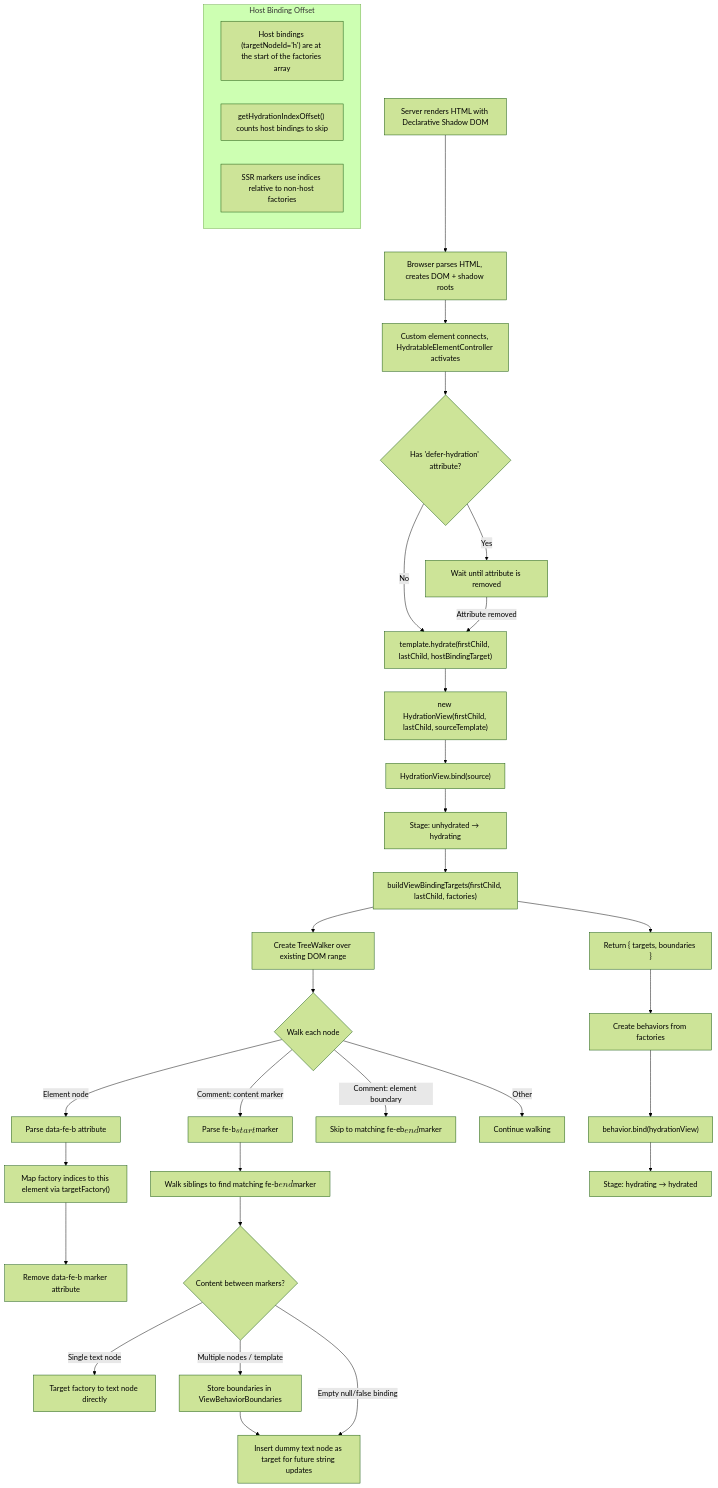
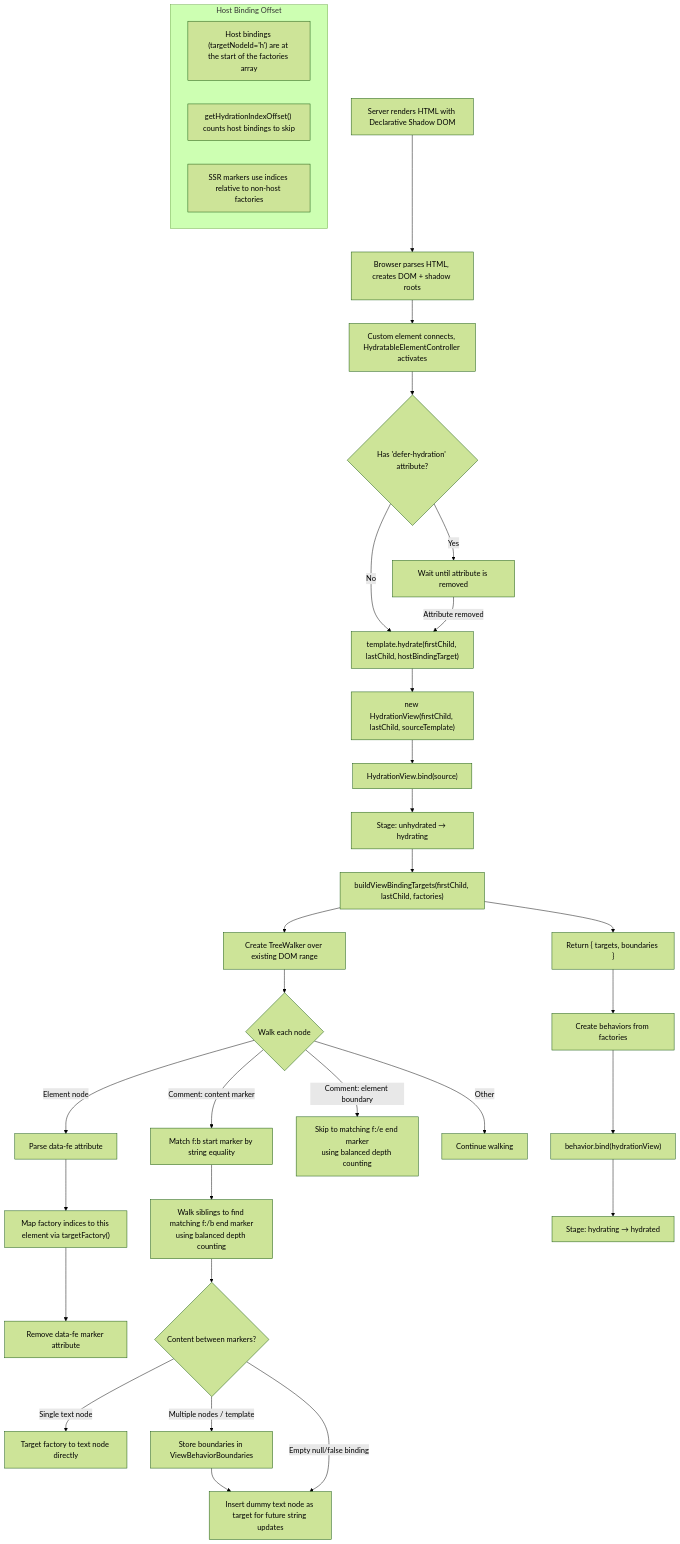
One commit to microsoft/fast changed the eighth of 12 diagrams in packages/fast-element/src/templating/TEMPLATE-BINDINGS.md. Above: the diagram before and after it, drawn with Mermaid (forest theme). The commit also changed other lines of this file and 22 other files, not shown here.

````diff
--- a/packages/fast-element/src/templating/TEMPLATE-BINDINGS.md
+++ b/packages/fast-element/src/templating/TEMPLATE-BINDINGS.md
@@ -344,40 +342,40 @@
 ```mermaid
 flowchart TD
     A["Server renders HTML with Declarative Shadow DOM"] --> B["Browser parses HTML, creates DOM + shadow roots"]
     B --> C["Custom element connects, HydratableElementController activates"]
     C --> D{"Has 'defer-hydration' attribute?"}
     D -->|Yes| E["Wait until attribute is removed"]
     D -->|No| F["template.hydrate(firstChild, lastChild, hostBindingTarget)"]
     E -->|Attribute removed| F
     F --> G["new HydrationView(firstChild, lastChild, sourceTemplate)"]
     G --> H["HydrationView.bind(source)"]
     H --> I["Stage: unhydrated → hydrating"]
     I --> J["buildViewBindingTargets(firstChild, lastChild, factories)"]
 
     J --> K["Create TreeWalker over existing DOM range"]
     K --> L{"Walk each node"}
 
-    L -->|Element node| M["Parse data-fe-b attribute"]
+    L -->|Element node| M["Parse data-fe attribute"]
     M --> N["Map factory indices to this element via targetFactory()"]
-    N --> O["Remove data-fe-b marker attribute"]
+    N --> O["Remove data-fe marker attribute"]
 
-    L -->|Comment: content marker| P["Parse fe-b$$start$$ marker"]
-    P --> Q["Walk siblings to find matching fe-b$$end$$ marker"]
+    L -->|Comment: content marker| P["Match f:b start marker by string equality"]
+    P --> Q["Walk siblings to find matching f:/b end marker\nusing balanced depth counting"]
     Q --> R{"Content between markers?"}
     R -->|Single text node| S["Target factory to text node directly"]
     R -->|Multiple nodes / template| T["Store boundaries in ViewBehaviorBoundaries"]
     T --> U["Insert dummy text node as target for future string updates"]
     R -->|Empty null/false binding| U
-    L -->|Comment: element boundary| V["Skip to matching fe-eb$$end$$ marker"]
+    L -->|Comment: element boundary| V["Skip to matching f:/e end marker\nusing balanced depth counting"]
     L -->|Other| W["Continue walking"]
     J --> X["Return { targets, boundaries }"]
     X --> Y["Create behaviors from factories"]
     Y --> Z["behavior.bind(hydrationView)"]
     Z --> AA["Stage: hydrating → hydrated"]
 
     subgraph "Host Binding Offset"
         BB["Host bindings (targetNodeId='h') are at the start of the factories array"]
         CC["getHydrationIndexOffset() counts host bindings to skip"]
         DD["SSR markers use indices relative to non-host factories"]
     end
 ```
````
